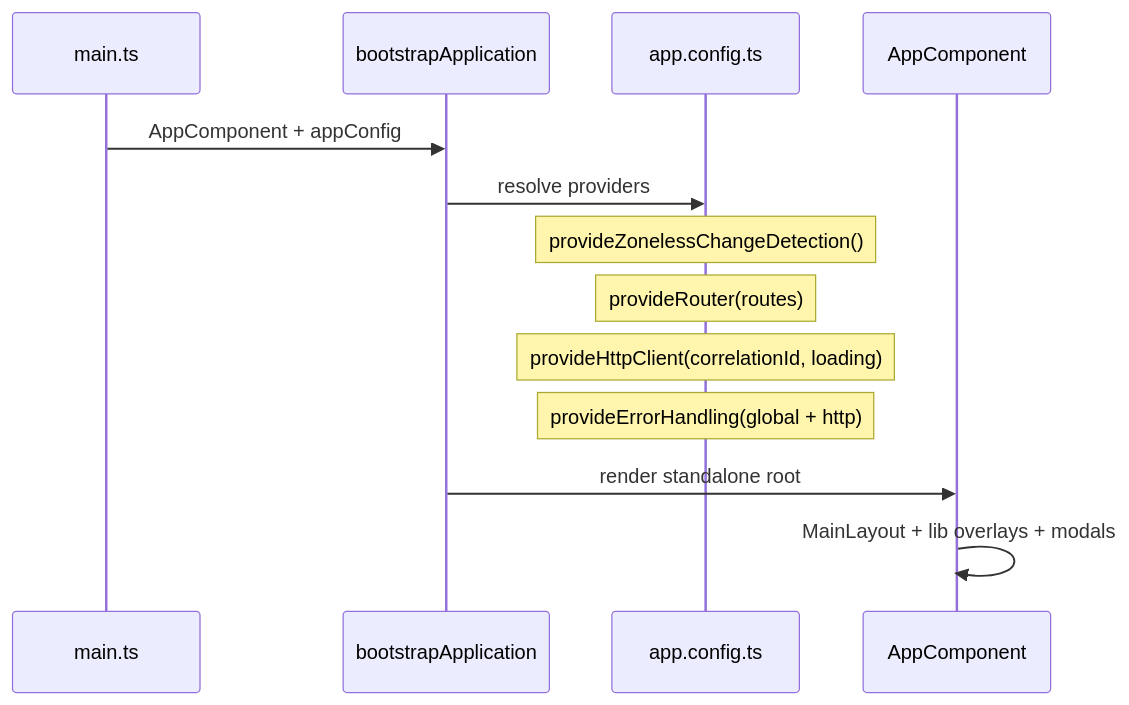
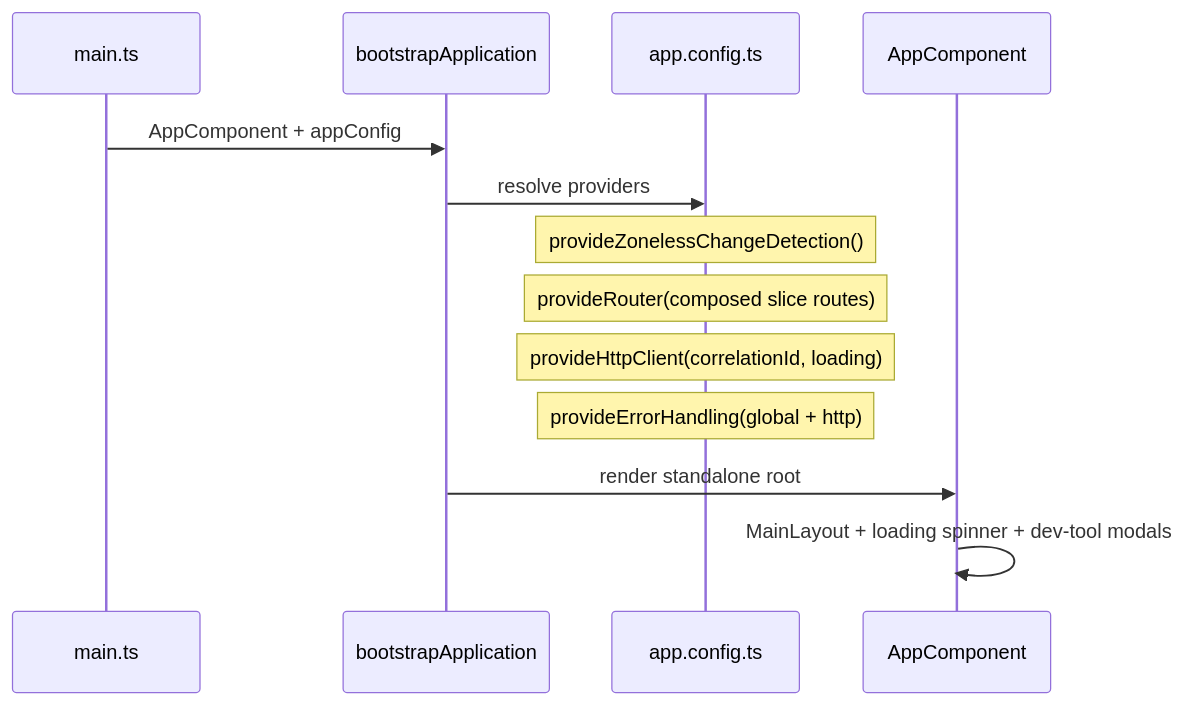
Before and after one commit to lkovari/angular-seed: the fourth of 9 diagrams in README.md, drawn with Mermaid. The commit also changed other lines of this file and 111 other files, not shown here.

Commit message:
Upgrade to v22 turn architecture to vertical sliced

````diff
--- a/README.md
+++ b/README.md
@@ -109,16 +165,16 @@
 ```mermaid
 sequenceDiagram
   participant main as main.ts
   participant boot as bootstrapApplication
   participant cfg as app.config.ts
   participant app as AppComponent
 
   main->>boot: AppComponent + appConfig
   boot->>cfg: resolve providers
   Note over cfg: provideZonelessChangeDetection()
-  Note over cfg: provideRouter(routes)
+  Note over cfg: provideRouter(composed slice routes)
   Note over cfg: provideHttpClient(correlationId, loading)
   Note over cfg: provideErrorHandling(global + http)
   boot->>app: render standalone root
-  app->>app: MainLayout + lib overlays + modals
+  app->>app: MainLayout + loading spinner + dev-tool modals
 ```
````
